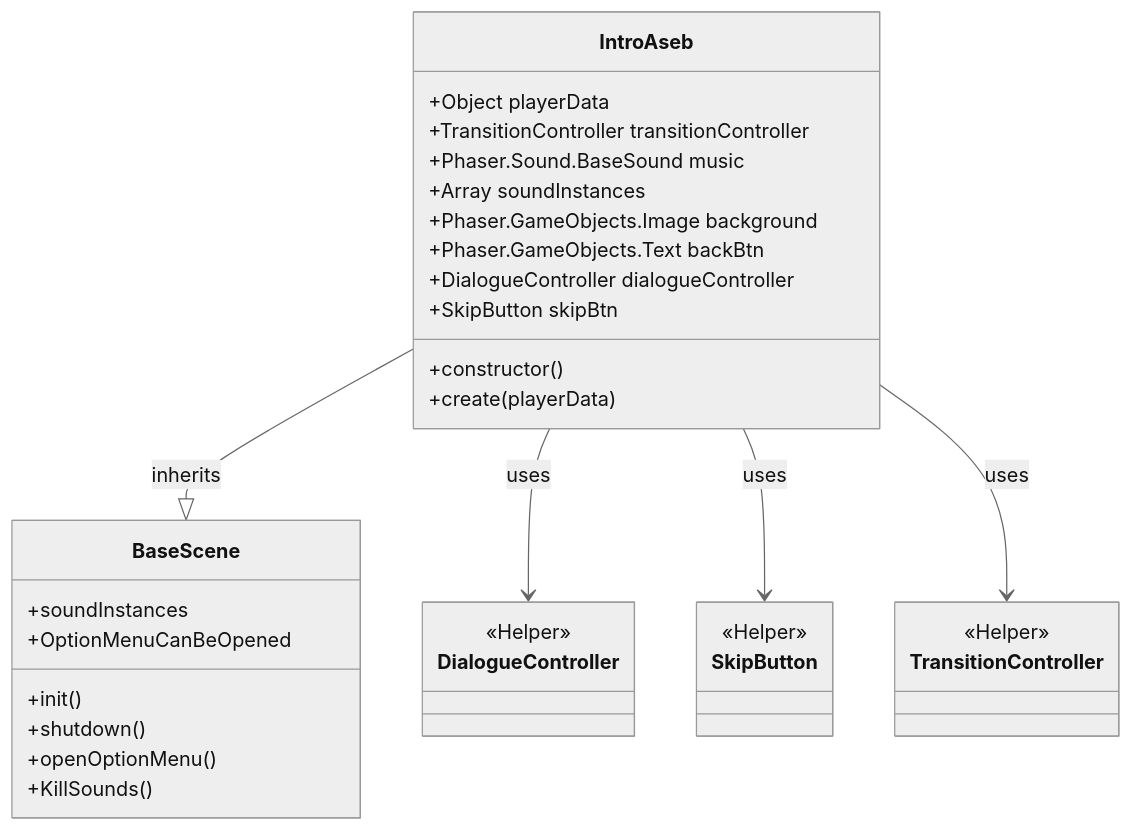
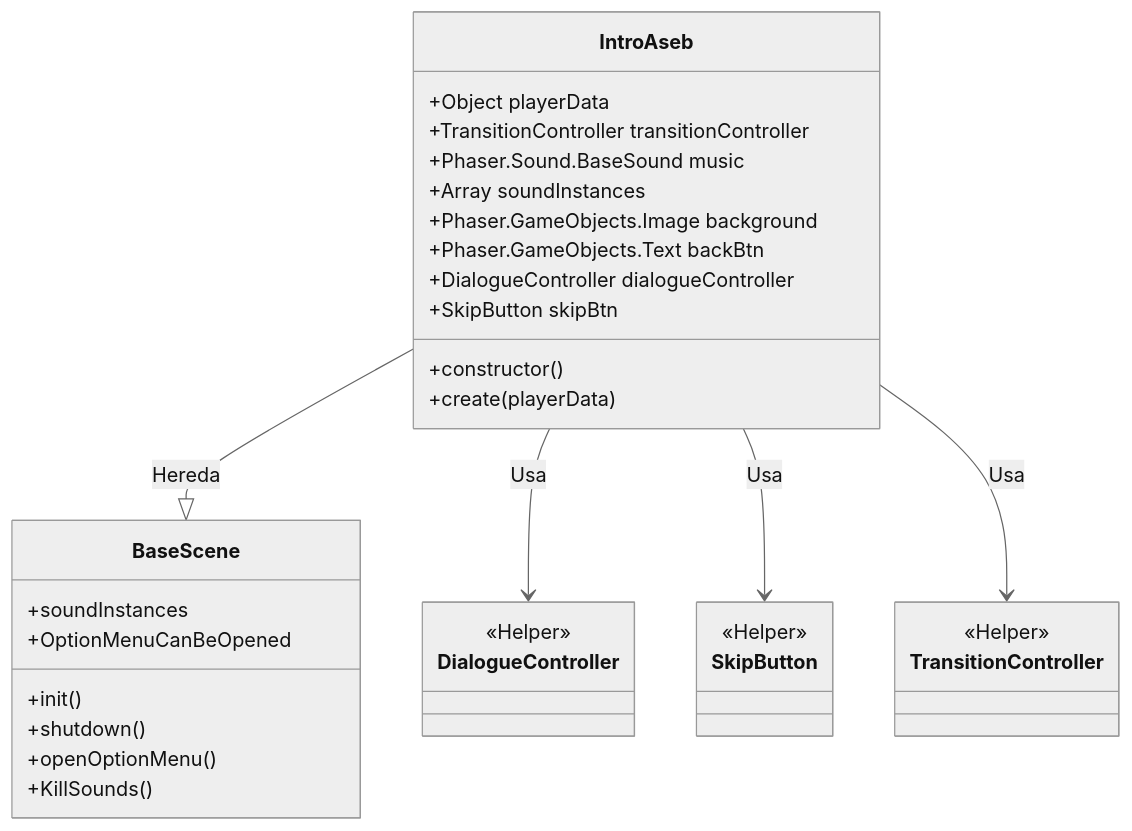
Diagram 12 of 23 in arquitectura.md (MaltenGD/TimeBoxed), drawn with Mermaid (neutral theme) before and after one commit. The commit also changed other lines of this file, not shown here.

````diff
--- a/arquitectura.md
+++ b/arquitectura.md
@@ -116,43 +558,43 @@
 ```mermaid
 classDiagram
     class IntroAseb {
         %% Properties defined in create
         +Object playerData
         +TransitionController transitionController
         +Phaser.Sound.BaseSound music
         +Array soundInstances
         +Phaser.GameObjects.Image background
         +Phaser.GameObjects.Text backBtn
         +DialogueController dialogueController
         +SkipButton skipBtn
         
         %% Methods
         +constructor()
         +create(playerData)
     }
 
     class BaseScene {
         +soundInstances
         +OptionMenuCanBeOpened
         +init()
         +shutdown()
         +openOptionMenu()
         +KillSounds()
     }
 
     class DialogueController {
         <<Helper>>
     }
     class SkipButton {
         <<Helper>>
     }
 
     class TransitionController {
          <<Helper>>
     }
 
-    IntroAseb --|> BaseScene : inherits
-    IntroAseb --> DialogueController : uses
-    IntroAseb --> SkipButton : uses
-    IntroAseb --> TransitionController : uses
+    IntroAseb --|> BaseScene : Hereda
+    IntroAseb --> DialogueController : Usa
+    IntroAseb --> SkipButton : Usa
+    IntroAseb --> TransitionController : Usa
 ```
````
